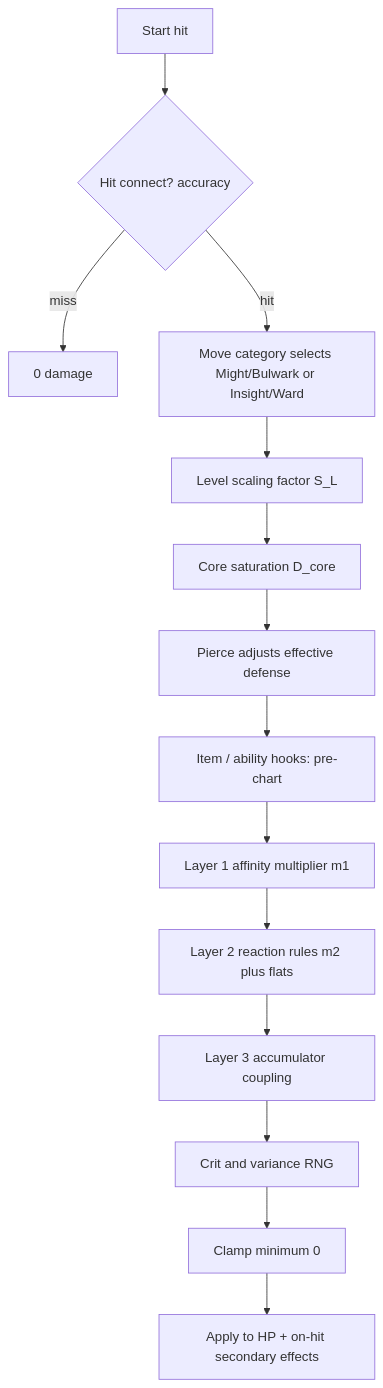
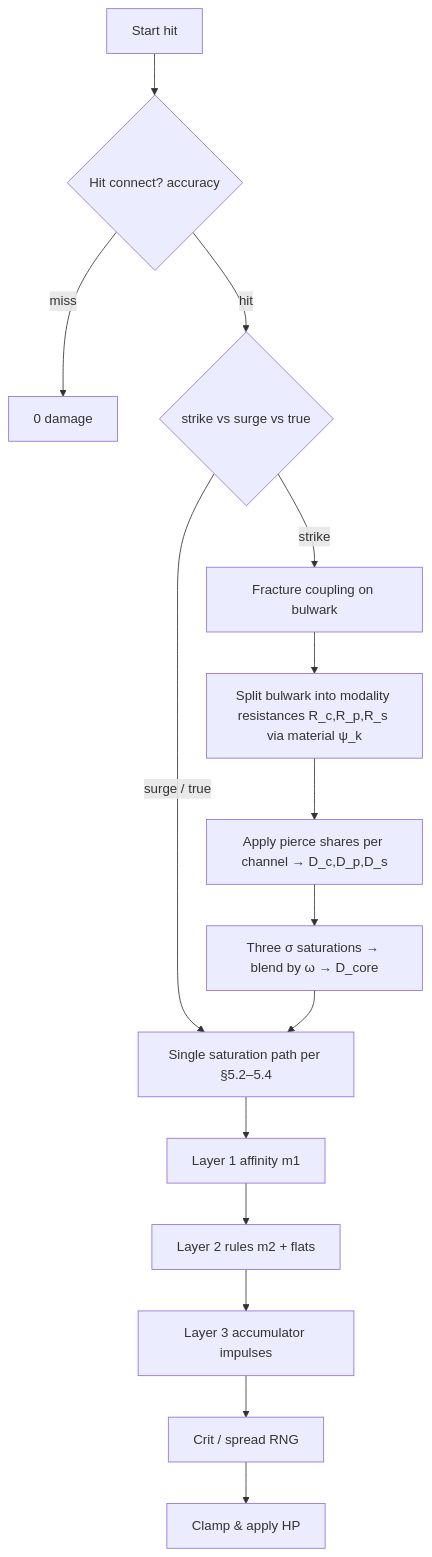
The diagram in docs/COMBAT-MODEL.md (GTOVD/wildloom), drawn with Mermaid before and after one commit. The commit also changed other lines of this file and 8 other files, not shown here.

````diff
--- a/docs/COMBAT-MODEL.md
+++ b/docs/COMBAT-MODEL.md
@@ -100,16 +104,17 @@
 ```mermaid
 flowchart TD
   A[Start hit] --> B{Hit connect? accuracy}
   B -->|miss| Z[0 damage]
-  B -->|hit| C[Move category selects Might/Bulwark or Insight/Ward]
-  C --> D[Level scaling factor S_L]
-  D --> E[Core saturation D_core]
-  E --> F[Pierce adjusts effective defense]
-  F --> G[Item / ability hooks: pre-chart]
-  G --> H[Layer 1 affinity multiplier m1]
-  H --> I[Layer 2 reaction rules m2 plus flats]
-  I --> J[Layer 3 accumulator coupling]
-  J --> K[Crit and variance RNG]
-  K --> L[Clamp minimum 0]
-  L --> M[Apply to HP + on-hit secondary effects]
+  B -->|hit| C{strike vs surge vs true}
+  C -->|surge / true| D[Single saturation path per §5.2–5.4]
+  C -->|strike| E[Fracture coupling on bulwark]
+  E --> F[Split bulwark into modality resistances R_c,R_p,R_s via material ψ_k]
+  F --> G[Apply pierce shares per channel → D_c,D_p,D_s]
+  G --> H[Three σ saturations → blend by ω → D_core]
+  H --> D
+  D --> I[Layer 1 affinity m1]
+  I --> J[Layer 2 rules m2 + flats]
+  J --> K[Layer 3 accumulator impulses]
+  K --> L[Crit / spread RNG]
+  L --> M[Clamp & apply HP]
 ```
````
